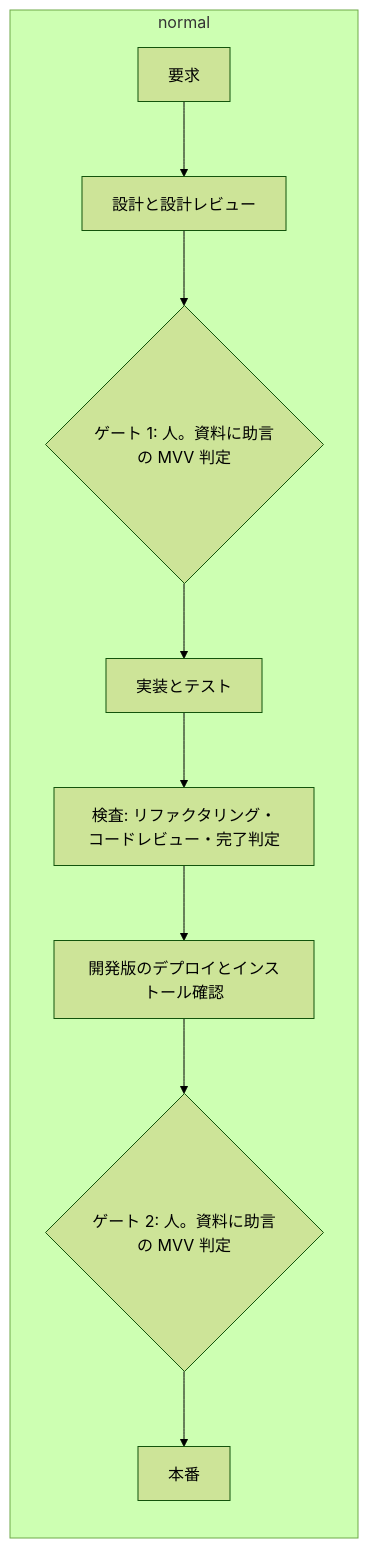
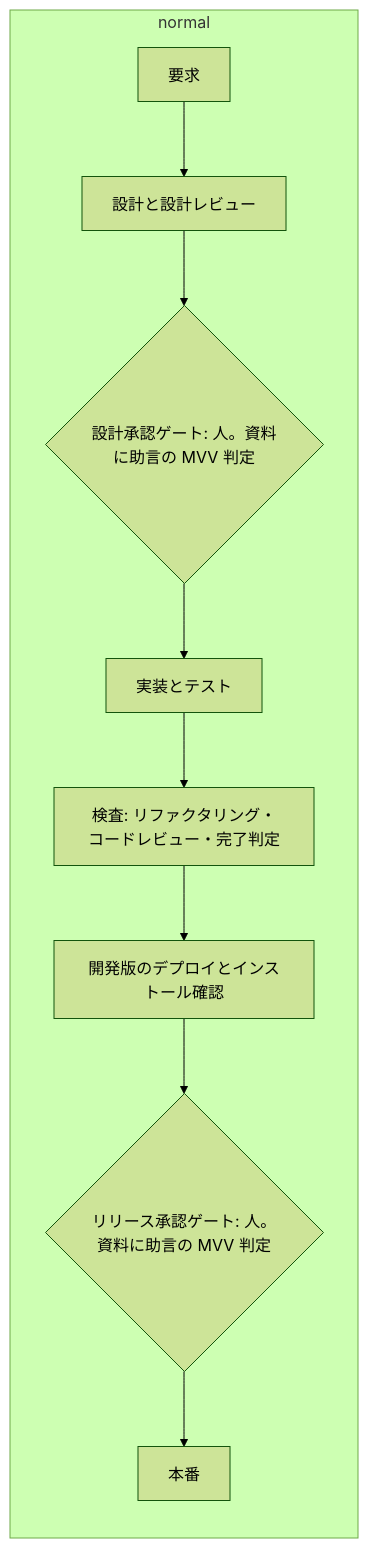
The first of 3 diagrams in plugins/ndf/skills/development-workflow/references/pace.md (devbasex/ai-plugins), drawn with Mermaid (forest theme) before and after one commit. The commit also changed other lines of this file and 96 other files, not shown here.

````diff
--- a/plugins/ndf/skills/development-workflow/references/pace.md
+++ b/plugins/ndf/skills/development-workflow/references/pace.md
@@ -28,8 +28,8 @@
 ```mermaid
 graph LR
     subgraph normal
-        N1[要求] --> N2[設計と設計レビュー] --> N3{ゲート 1: 人。資料に助言の MVV 判定}
+        N1[要求] --> N2[設計と設計レビュー] --> N3{設計承認ゲート: 人。資料に助言の MVV 判定}
         N3 --> N4[実装とテスト] --> N5[検査: リファクタリング・コードレビュー・完了判定]
-        N5 --> N6[開発版のデプロイとインストール確認] --> N7{ゲート 2: 人。資料に助言の MVV 判定} --> N8[本番]
+        N5 --> N6[開発版のデプロイとインストール確認] --> N7{リリース承認ゲート: 人。資料に助言の MVV 判定} --> N8[本番]
     end
 ```
````
